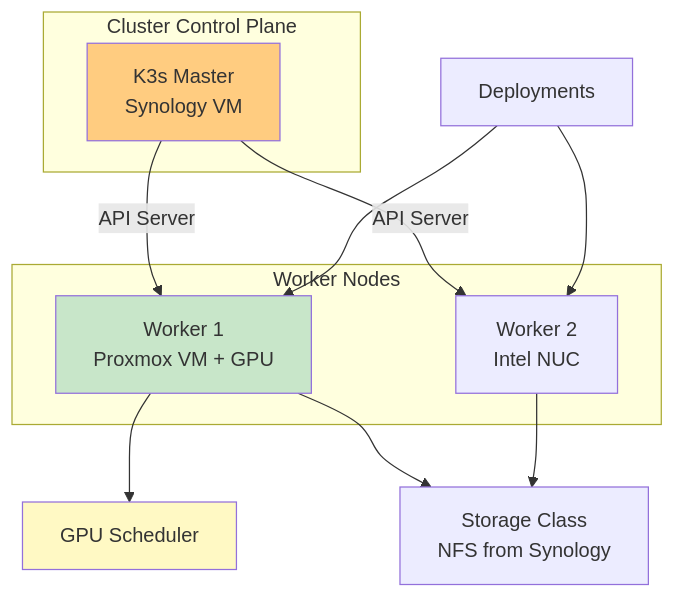
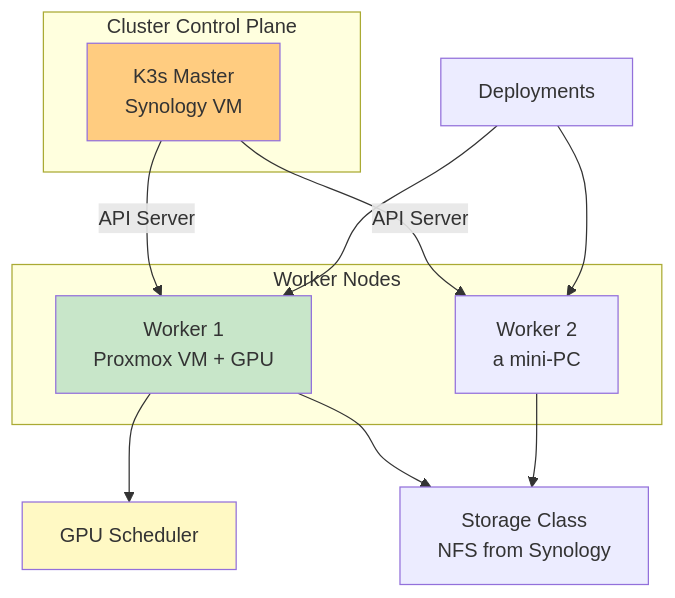
One commit to minderhq/academy changed the second of 4 diagrams in docs/phases/phase1-infra/README.md. Above: the diagram before and after it, drawn with Mermaid. The commit also changed other lines of this file and 60 other files, not shown here.

````diff
--- a/docs/phases/phase1-infra/README.md
+++ b/docs/phases/phase1-infra/README.md
@@ -145,26 +145,26 @@
 ```mermaid
 graph TB
     subgraph "Cluster Control Plane"
         A[K3s Master<br/>Synology VM]
     end
 
     subgraph "Worker Nodes"
         B[Worker 1<br/>Proxmox VM + GPU]
-        C[Worker 2<br/>Intel NUC]
+        C[Worker 2<br/>a mini-PC]
     end
 
     A -->|API Server| B
     A -->|API Server| C
 
     B --> D[GPU Scheduler]
     B --> E[Storage Class<br/>NFS from Synology]
 
     C --> E
 
     F[Deployments] --> B
     F --> C
 
     style A fill:#ffcc80
     style B fill:#c8e6c9
     style D fill:#fff9c4
 ```
````
